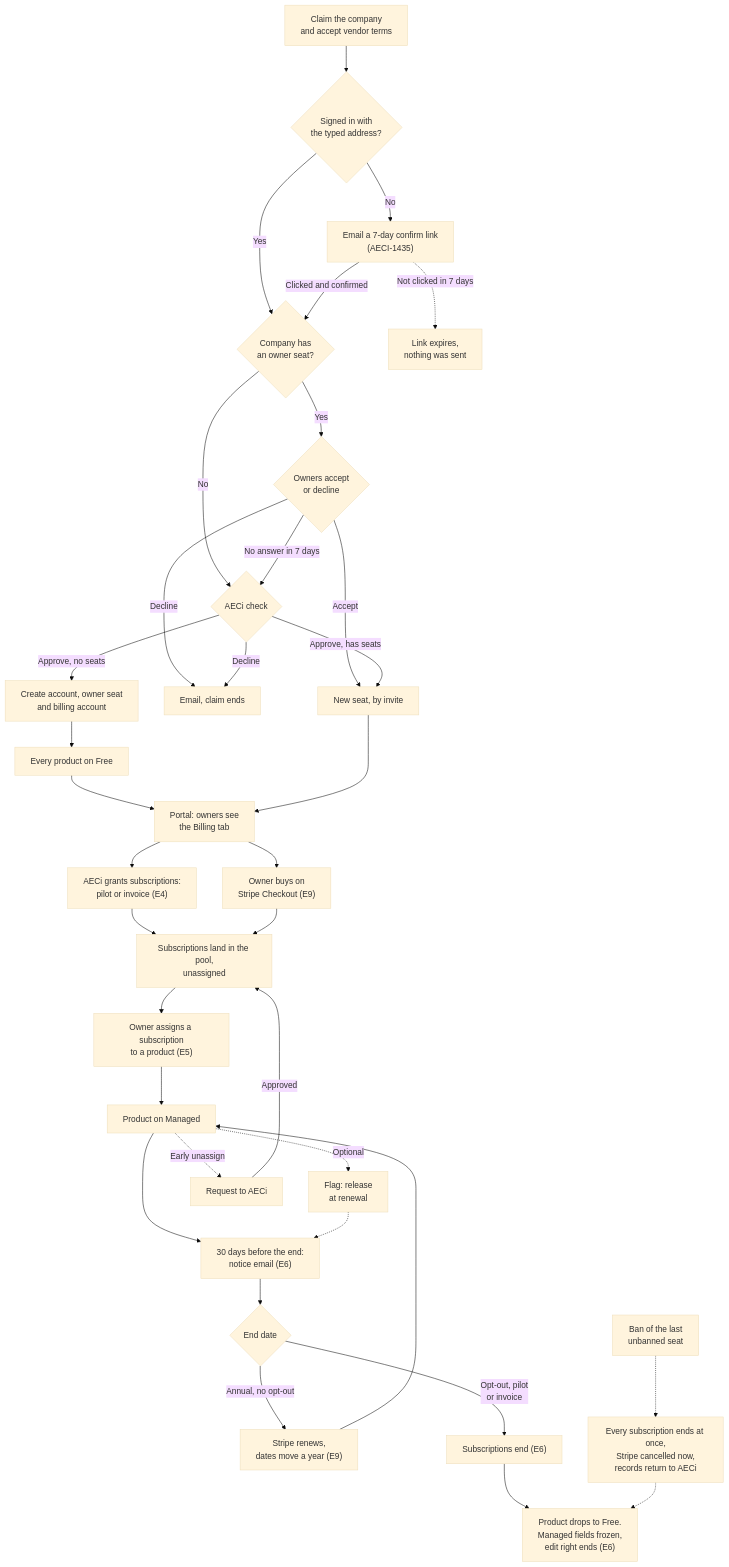
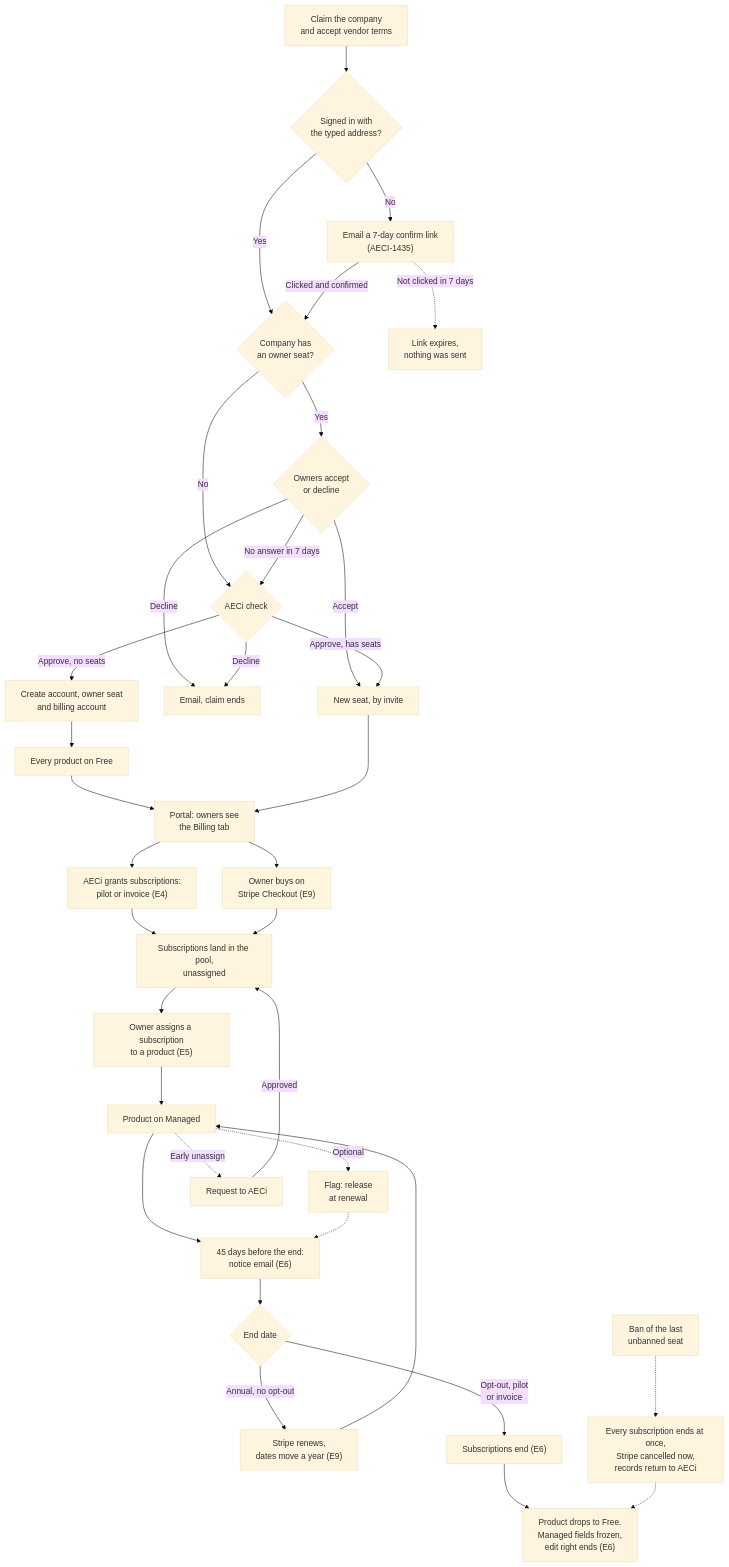
Before and after one commit to the-wbs-project/aec-integrations: the diagram in docs/VENDOR_SIGNUP_PROCESS.md, drawn with Mermaid (base theme). The commit also changed other lines of this file and 44 other files, not shown here.

First line of the commit message:
AECI-1596: renewal notice at 45 days, renewal disclosure before payment, cancellation email

````diff
--- a/docs/VENDOR_SIGNUP_PROCESS.md
+++ b/docs/VENDOR_SIGNUP_PROCESS.md
@@ -232,39 +238,39 @@
 ```mermaid
 flowchart TD
     claim["Claim the company<br/>and accept vendor terms"] --> signedIn{"Signed in with<br/>the typed address?"}
     signedIn -->|Yes| hasSeats{"Company has<br/>an owner seat?"}
     signedIn -->|No| confirmLink["Email a 7-day confirm link<br/>(AECI-1435)"]
     confirmLink -->|"Clicked and confirmed"| hasSeats
     confirmLink -.->|"Not clicked in 7 days"| expired["Link expires,<br/>nothing was sent"]
     hasSeats -->|No| check{"AECi check"}
     hasSeats -->|Yes| owners{"Owners accept<br/>or decline"}
     owners -->|Accept| seat["New seat, by invite"]
     owners -->|Decline| declined["Email, claim ends"]
     owners -->|"No answer in 7 days"| check
     check -->|Decline| declined
     check -->|"Approve, no seats"| create["Create account, owner seat<br/>and billing account"]
     check -->|"Approve, has seats"| seat
     create --> free["Every product on Free"]
     free --> portal["Portal: owners see<br/>the Billing tab"]
     seat --> portal
     portal --> grant["AECi grants subscriptions:<br/>pilot or invoice (E4)"]
     portal --> buy["Owner buys on<br/>Stripe Checkout (E9)"]
     grant --> pool["Subscriptions land in the pool,<br/>unassigned"]
     buy --> pool
     pool --> assign["Owner assigns a subscription<br/>to a product (E5)"]
     assign --> managed["Product on Managed"]
     managed -.->|Optional| release["Flag: release<br/>at renewal"]
     managed -.->|"Early unassign"| request["Request to AECi"]
     request -->|Approved| pool
-    managed --> notice["30 days before the end:<br/>notice email (E6)"]
+    managed --> notice["45 days before the end:<br/>notice email (E6)"]
     release -.-> notice
     notice --> endDate{"End date"}
     endDate -->|"Annual, no opt-out"| renew["Stripe renews,<br/>dates move a year (E9)"]
     renew --> managed
     endDate -->|"Opt-out, pilot<br/>or invoice"| lapse["Subscriptions end (E6)"]
     lapse --> handBack["Product drops to Free.<br/>Managed fields frozen,<br/>edit right ends (E6)"]
     ban["Ban of the last<br/>unbanned seat"] -.-> banEnd["Every subscription ends at once,<br/>Stripe cancelled now,<br/>records return to AECi"]
     banEnd -.-> handBack
 
     classDef notBuilt stroke-dasharray: 5 5
 ```
````
